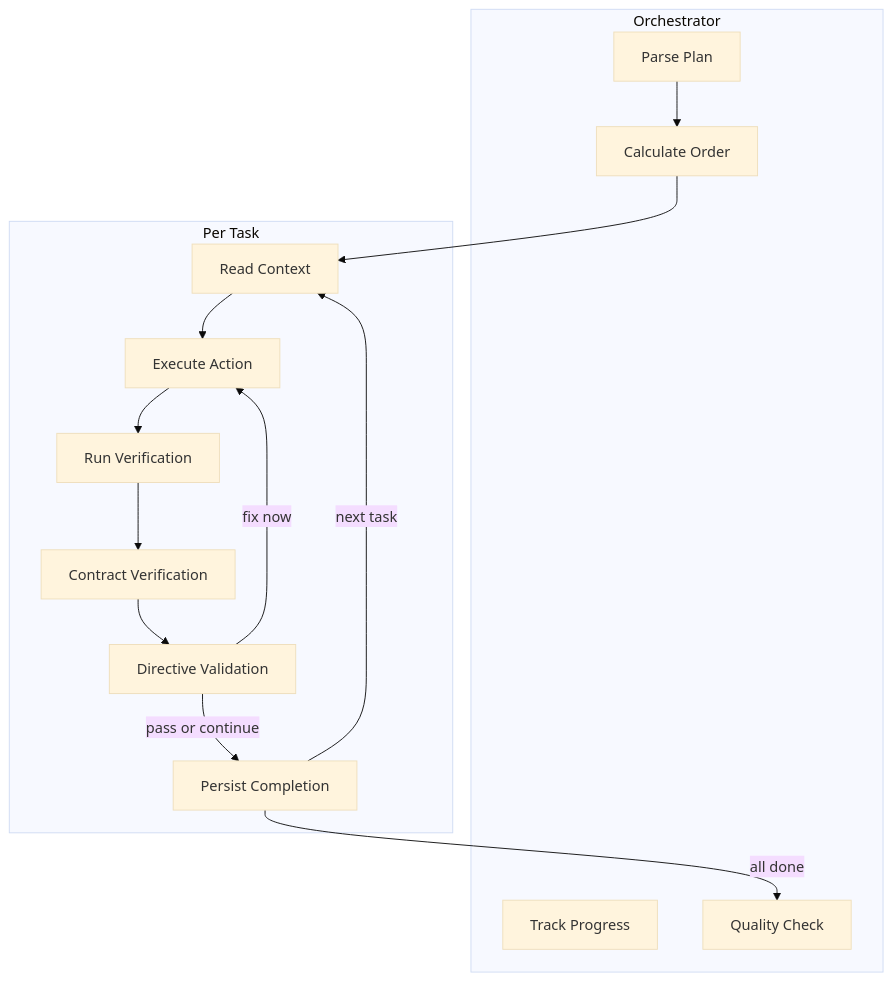
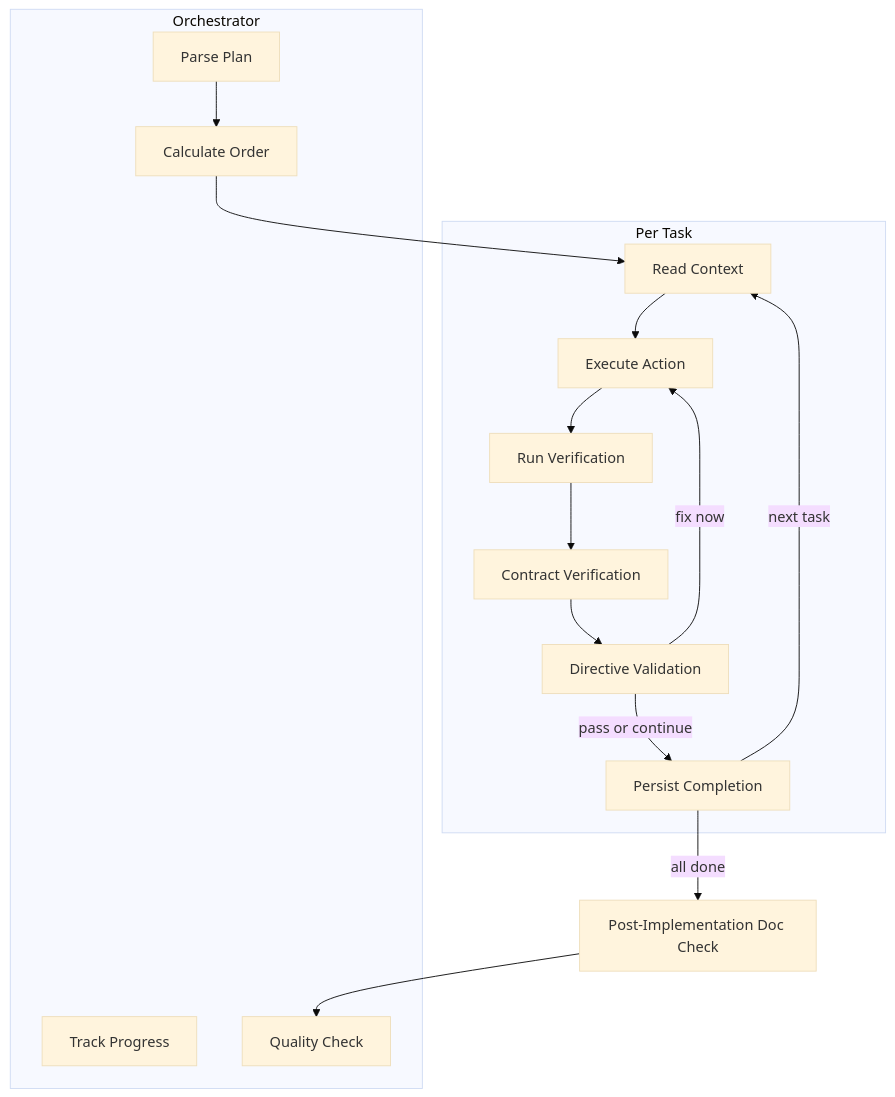
One commit to mattfletcher94/festinalente changed the diagram in .festinalente/product/skills/implement.md. Above: the diagram before and after it, drawn with Mermaid (base theme). The commit also changed other lines of this file and 7 other files, not shown here.

````diff
--- a/.festinalente/product/skills/implement.md
+++ b/.festinalente/product/skills/implement.md
@@ -29,29 +29,30 @@
 ```mermaid
 flowchart TB
     subgraph "Orchestrator"
         Parse[Parse Plan]
         Order[Calculate Order]
         Track[Track Progress]
         Quality[Quality Check]
     end
 
     subgraph "Per Task"
         ReadCtx[Read Context]
         Execute[Execute Action]
         Verify[Run Verification]
         ContractV[Contract Verification]
         DirVal[Directive Validation]
         Persist[Persist Completion]
     end
 
     Parse --> Order
     Order --> ReadCtx
     ReadCtx --> Execute
     Execute --> Verify
     Verify --> ContractV
     ContractV --> DirVal
     DirVal --> |pass or continue| Persist
     DirVal --> |fix now| Execute
     Persist --> |next task| ReadCtx
-    Persist --> |all done| Quality
+    Persist --> |all done| DocCheck[Post-Implementation Doc Check]
+    DocCheck --> Quality
 ```
````
